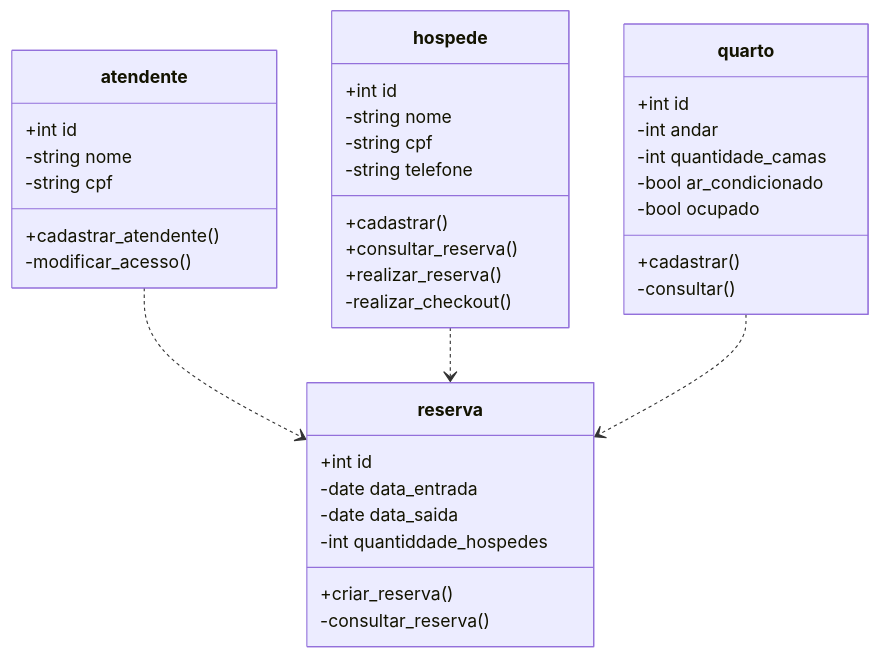
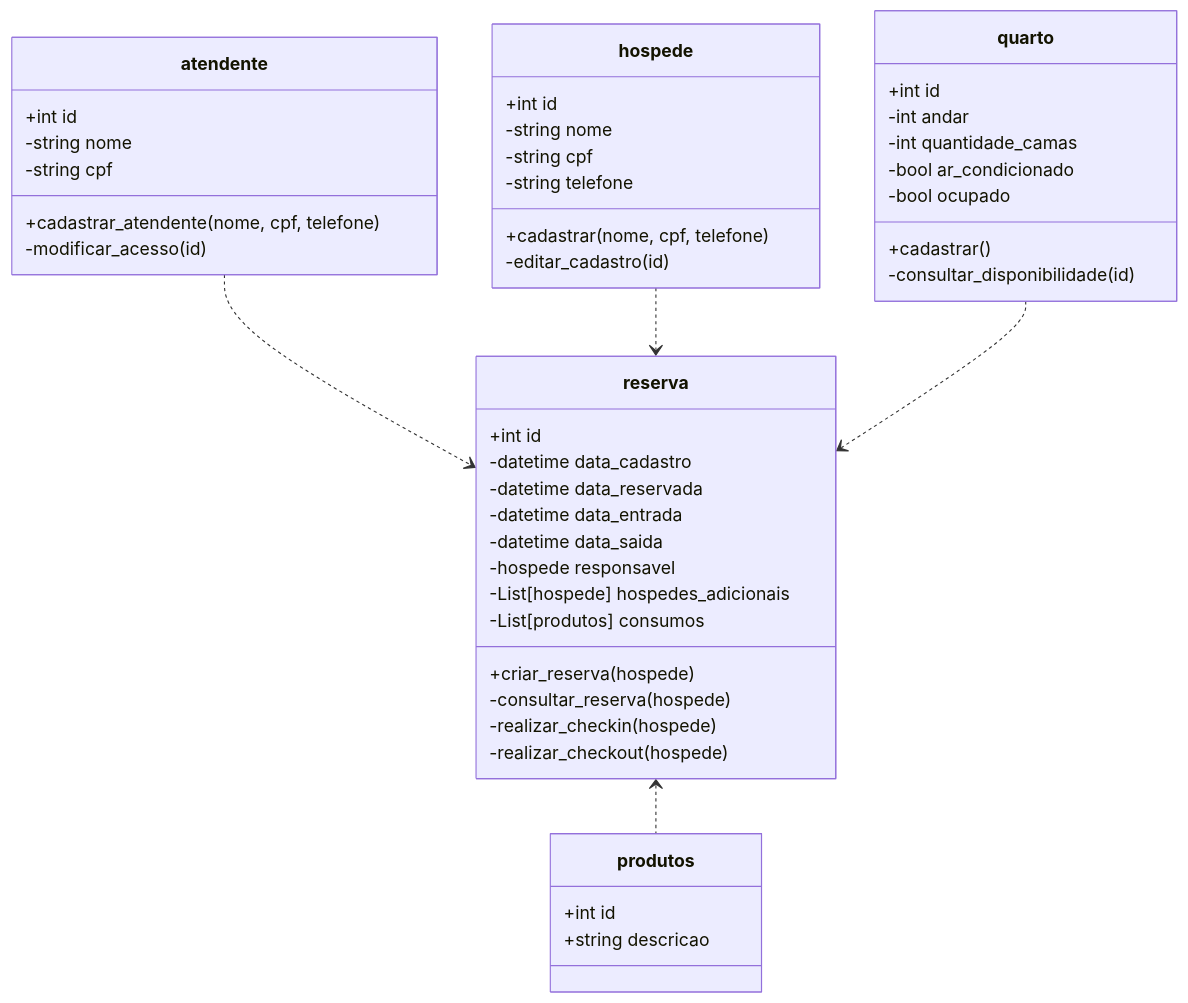
One commit to PH-IFSUL/sistema-gestao-de-hotelaria changed the diagram in docs/Class_diagrams.md. Above: the diagram before and after it, drawn with Mermaid.

````diff
--- a/docs/Class_diagrams.md
+++ b/docs/Class_diagrams.md
@@ -3,46 +3,57 @@
 ```mermaid
 classDiagram
     class atendente {
         +int id
         -string nome
         -string cpf
-        +cadastrar_atendente()
-        -modificar_acesso()
+        +cadastrar_atendente(nome, cpf, telefone)
+        -modificar_acesso(id)
     }
 
     class hospede {
         +int id
         -string nome
         -string cpf
         -string telefone
-        +cadastrar()
-        +consultar_reserva()
-        +realizar_reserva()
-        -realizar_checkout()
+        +cadastrar(nome, cpf, telefone)
+        -editar_cadastro(id)
     }
 
     class quarto {
         +int id
         -int andar
         -int quantidade_camas
         -bool ar_condicionado
         -bool ocupado
+
         +cadastrar()
-        -consultar()
+        -consultar_disponibilidade(id)
     }
 
     class reserva {
         +int id
-        -date data_entrada
-        -date data_saida
-        -int quantiddade_hospedes
-        +criar_reserva()
-        -consultar_reserva()
+        -datetime data_cadastro
+        -datetime data_reservada
+        -datetime data_entrada
+        -datetime data_saida
+        -hospede responsavel
+        -List[hospede] hospedes_adicionais
+        -List[produtos] consumos
+        +criar_reserva(hospede)
+        -consultar_reserva(hospede)
+        -realizar_checkin(hospede)
+        -realizar_checkout(hospede)
+    }
+
+    class produtos{
+        +int id
+        +string descricao
     }
     
     atendente ..> reserva
     hospede ..> reserva
     quarto ..> reserva
+    reserva <.. produtos
 
 
 ```
````
